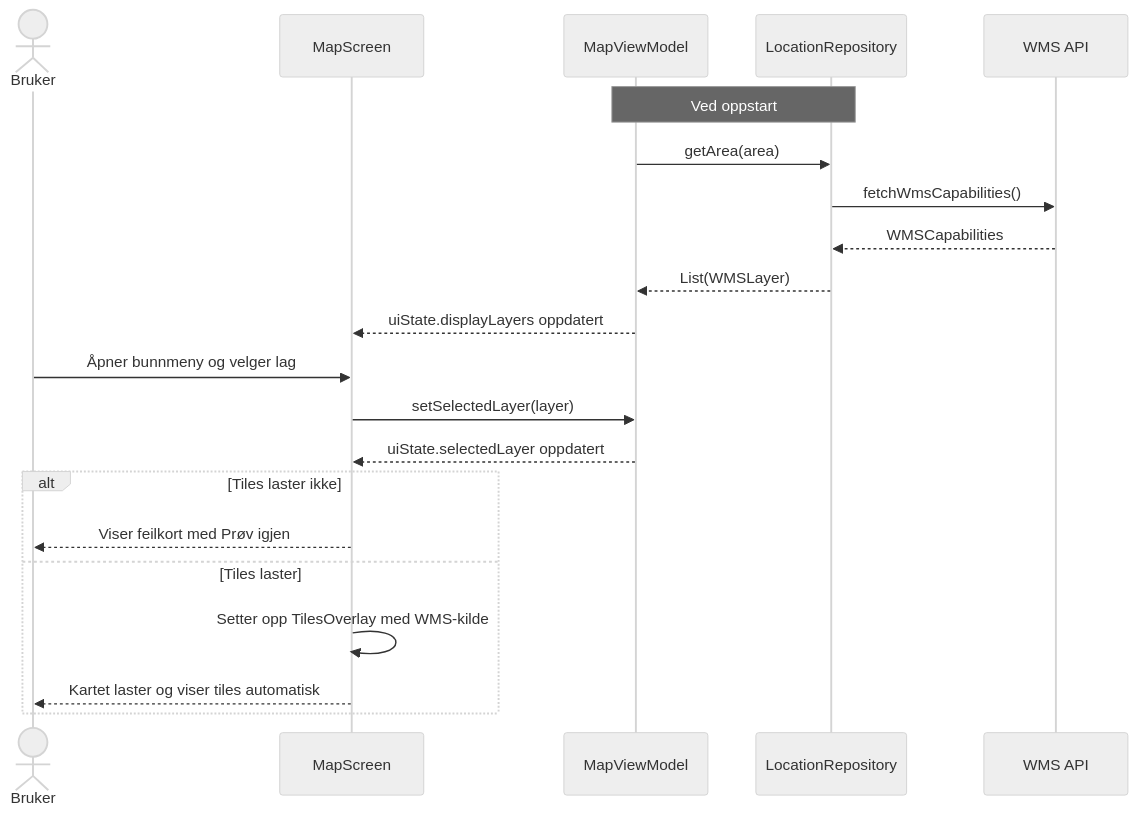
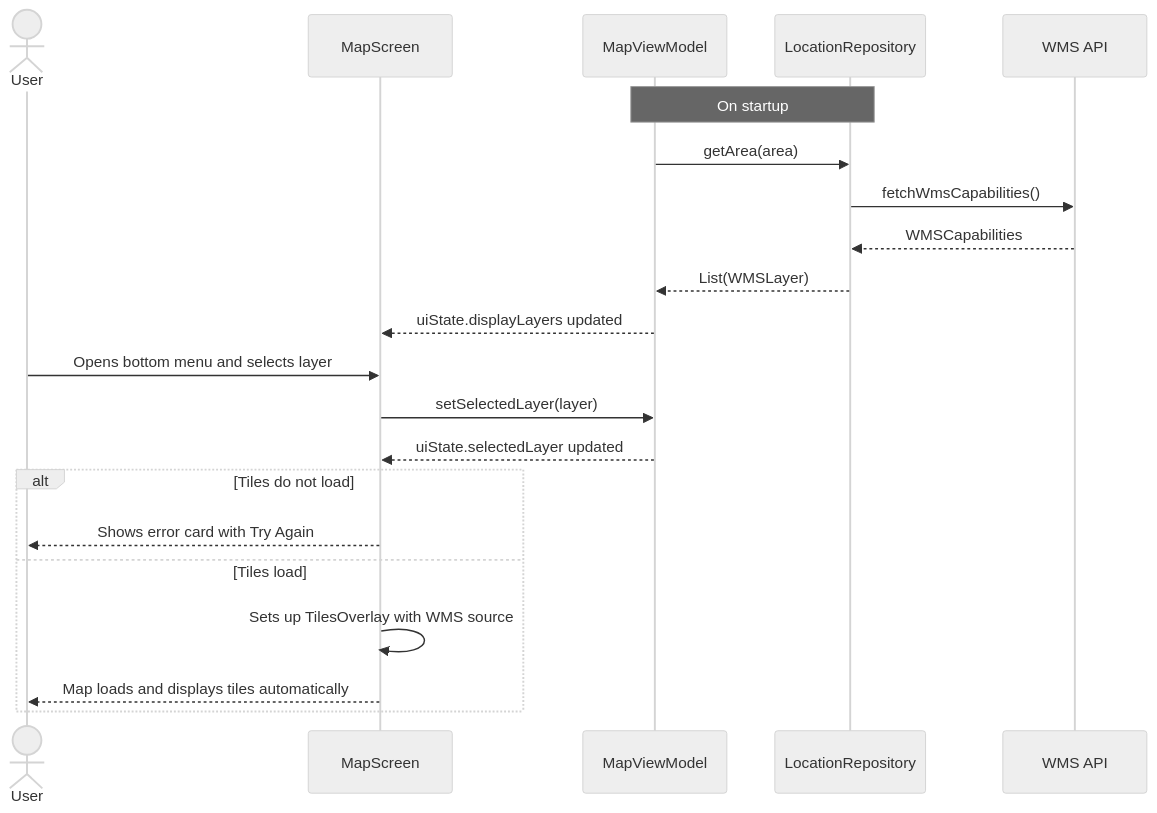
Before and after one commit to yusufsocal/sydvest: the first of 2 diagrams in MODELLING.md, drawn with Mermaid (neutral theme). The commit also changed other lines of this file, not shown here.

Commit message:
lagt til to sekvensdiagram

````diff
--- a/MODELLING.md
+++ b/MODELLING.md
@@ -1,26 +5,26 @@
 ```mermaid
 sequenceDiagram
-    actor Bruker
+    actor User
     participant UI as MapScreen
     participant VM as MapViewModel
     participant Repo as LocationRepository
     participant WMS as WMS API
 
-    Note over VM, Repo: Ved oppstart
+    Note over VM, Repo: On startup
     VM->>Repo: getArea(area)
     Repo->>WMS: fetchWmsCapabilities()
     WMS-->>Repo: WMSCapabilities
     Repo-->>VM: List(WMSLayer)
-    VM-->>UI: uiState.displayLayers oppdatert
+    VM-->>UI: uiState.displayLayers updated
 
-    Bruker->>UI: Åpner bunnmeny og velger lag
+    User->>UI: Opens bottom menu and selects layer
     UI->>VM: setSelectedLayer(layer)
-    VM-->>UI: uiState.selectedLayer oppdatert
+    VM-->>UI: uiState.selectedLayer updated
 
-    alt Tiles laster ikke
-        UI-->>Bruker: Viser feilkort med Prøv igjen
-    else Tiles laster
-        UI->>UI: Setter opp TilesOverlay med WMS-kilde
-        UI-->>Bruker: Kartet laster og viser tiles automatisk
+    alt Tiles do not load
+        UI-->>User: Shows error card with Try Again
+    else Tiles load
+        UI->>UI: Sets up TilesOverlay with WMS source
+        UI-->>User: Map loads and displays tiles automatically
     end
 ```
````
